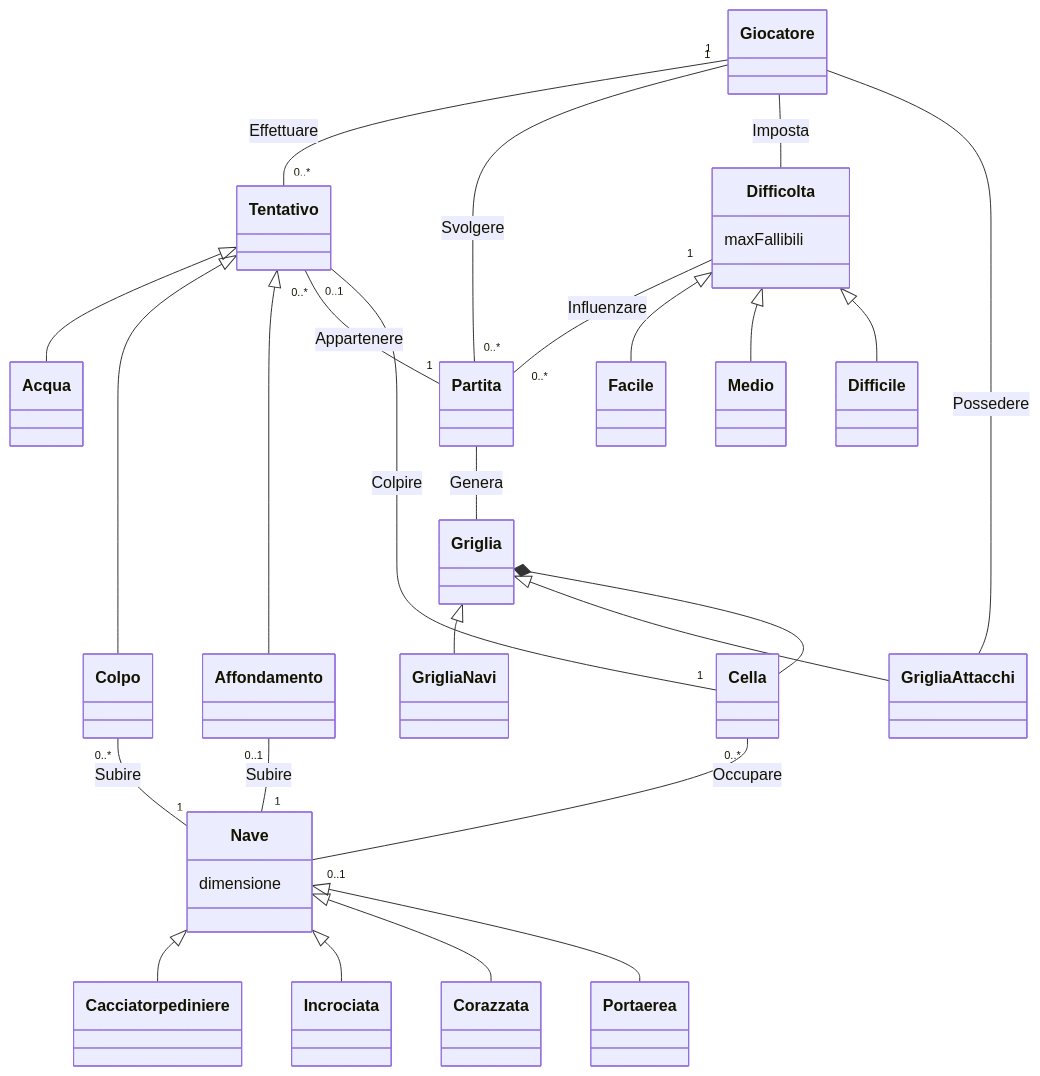
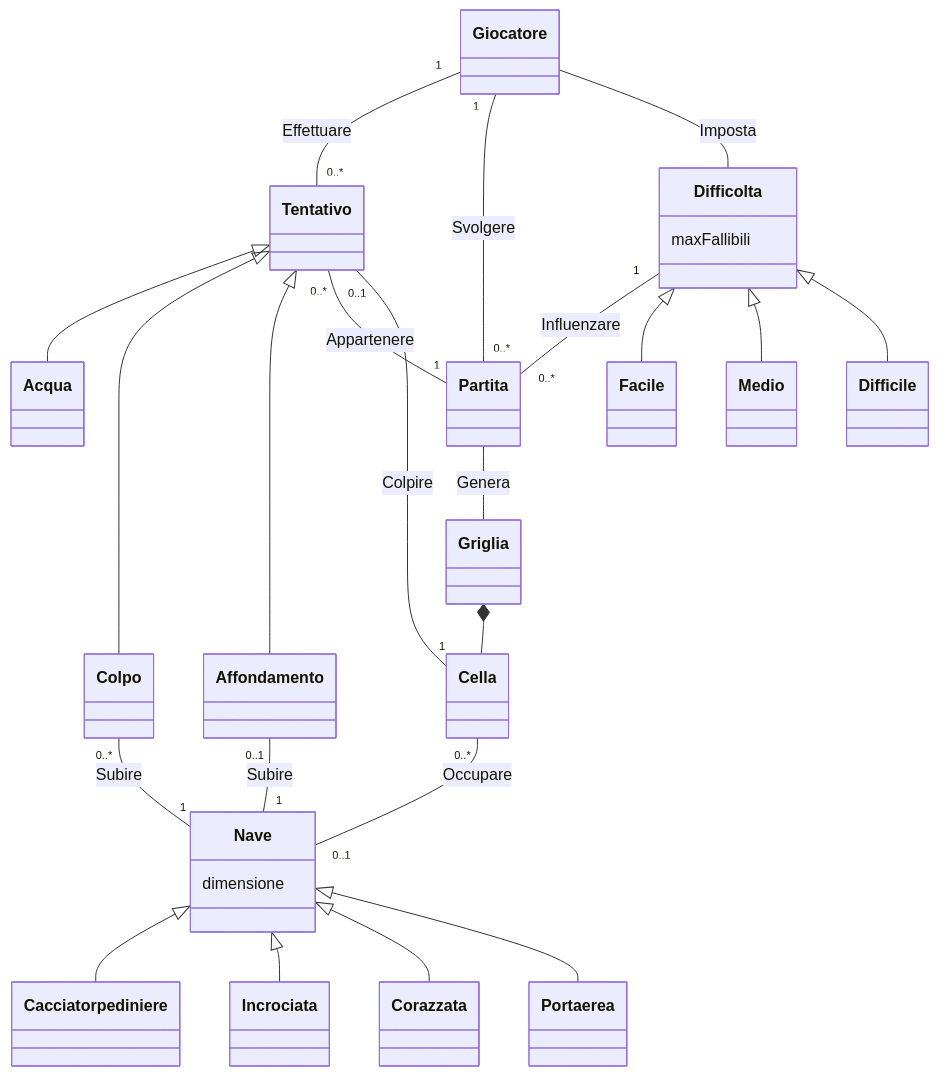
One commit to softeng2223-inf-uniba/progetto2223-thacker changed the diagram in docs/Report.md. Above: the diagram before and after it, drawn with Mermaid.

Commit message:
Rimossa generalizzazione su Griglia

````diff
--- a/docs/Report.md
+++ b/docs/Report.md
@@ -7,45 +7,41 @@
 ```mermaid
     
     classDiagram
         
         Giocatore "1" -- "0..*" Tentativo : Effettuare
         Giocatore "1" -- "0..*" Partita : Svolgere
         Giocatore -- Difficolta : Imposta
 
         Difficolta "1" -- "0..*" Partita : Influenzare
         Difficolta <|-- Facile
         Difficolta <|-- Medio
-        Difficolta <|-- Difficile
-
-        Griglia <|-- GrigliaNavi
-        Griglia <|-- GrigliaAttacchi
-        Giocatore -- GrigliaAttacchi : Possedere
+        Difficolta <|-- Difficile 
 
         Nave <|-- Cacciatorpediniere
         Nave <|-- Incrociata
         Nave <|-- Corazzata
         Nave <|-- Portaerea
         
         Tentativo <|-- Acqua
         Tentativo <|-- Colpo
         Tentativo <|-- Affondamento
         Tentativo "0..*" -- "1" Partita : Appartenere
         Tentativo "0..1" -- "1" Cella : Colpire
 
         Griglia *-- Cella
         Partita -- Griglia : Genera
         Cella "0..*" -- "0..1" Nave : Occupare
         Colpo "0..*" -- "1" Nave : Subire
         Affondamento "0..1" -- "1" Nave : Subire
 
 
         class Nave{
             dimensione
         }
 
         class Difficolta{
             maxFallibili
         }
 
 
 ```
````
